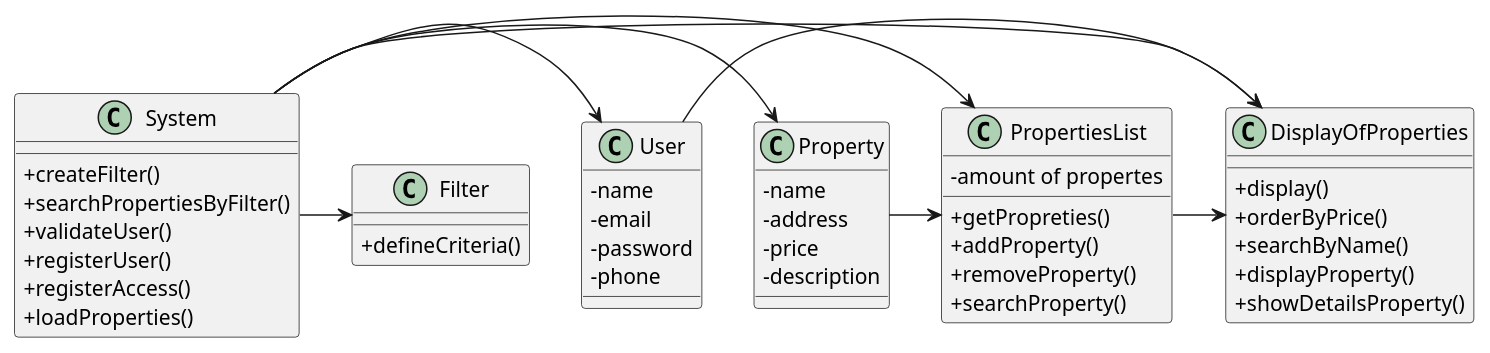
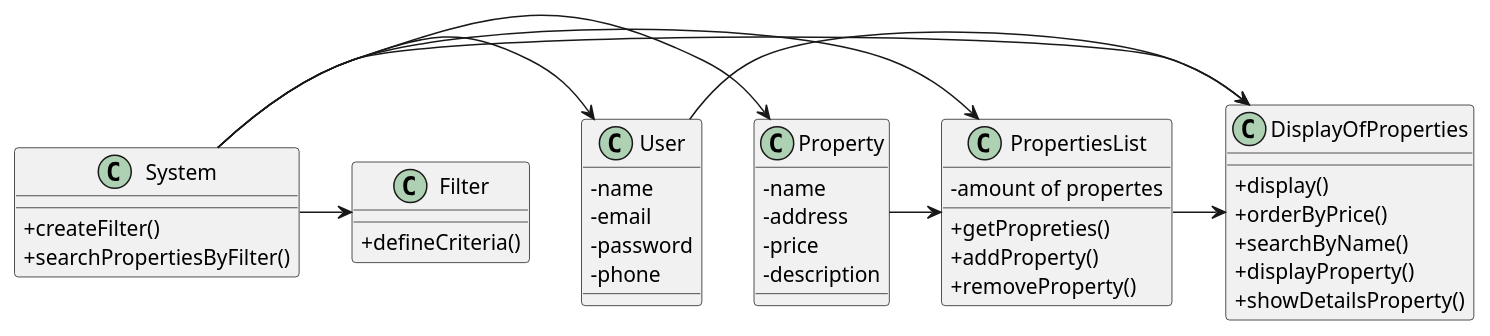
One commit to Rodrick0209/ISEP-LAPR2-22-23 changed the diagram in docs/Sprint-B/US001/03.design/puml/us001-class-diagram.puml. Above: the diagram before and after it, drawn with PlantUML. The commit also changed 6 other files, not shown here.

```diff
--- a/docs/Sprint-B/US001/03.design/puml/us001-class-diagram.puml
+++ b/docs/Sprint-B/US001/03.design/puml/us001-class-diagram.puml
@@ -1,68 +1,63 @@
 @startuml
 
 skinparam packageStyle rectangle
 skinparam shadowing false
 'skinparam linetype polyline
 
 
 skinparam classAttributeIconSize 0
 
 class Property {
     -name
     -address
     -price
     -description
 }
 
 class PropertiesList {
     -amount of propertes
 
     + getPropreties()
     + addProperty()
     + removeProperty()
-    + searchProperty()
 }
 
 class User {
     - name
     - email
     - password
     - phone
 }
 
 class DisplayOfProperties {
     + display()
     + orderByPrice()
     + searchByName()
     + displayProperty()
     + showDetailsProperty()
 
 }
 
 class System {
     + createFilter()
     + searchPropertiesByFilter()
-    + validateUser()
-    + registerUser()
-    + registerAccess()
-    + loadProperties()
 }
 
 class Filter {
     + defineCriteria()
 }
 
 Property -> PropertiesList
 PropertiesList -> DisplayOfProperties
 User -> DisplayOfProperties
 System -> Property
 System -> PropertiesList
 System -> User
 System -> DisplayOfProperties
 System -> Filter
 
 
 
 
 
 @enduml
```
